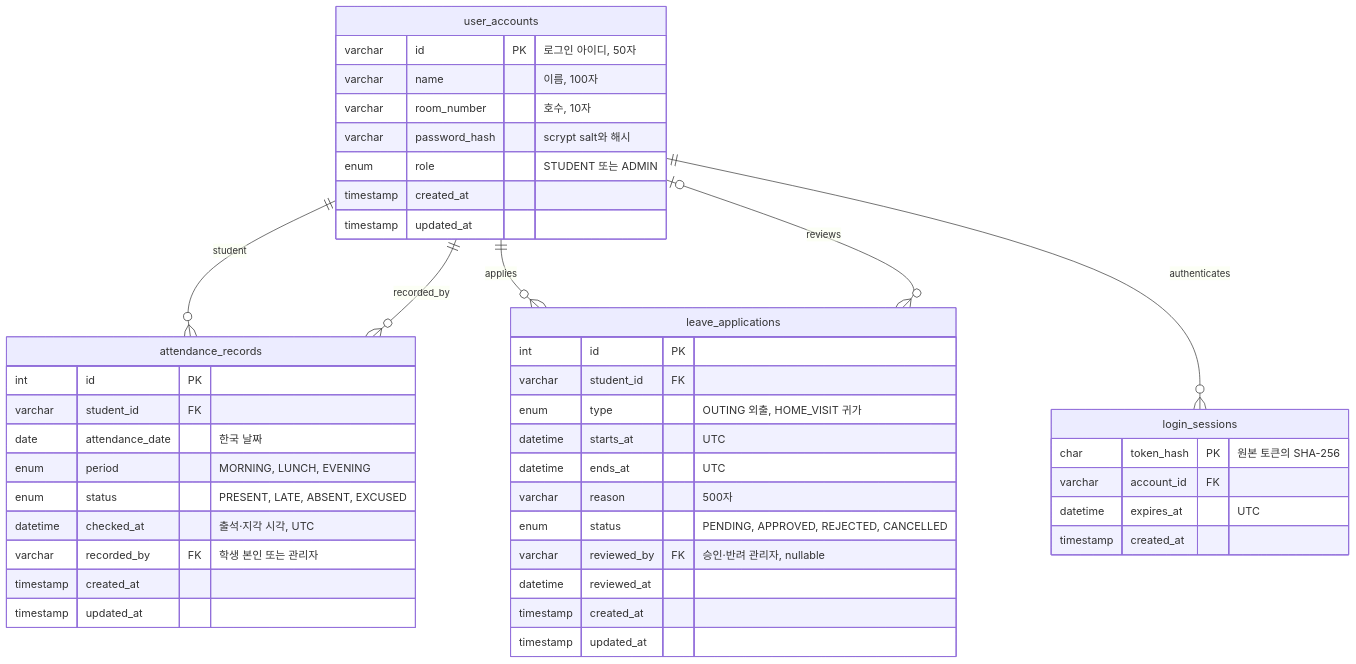
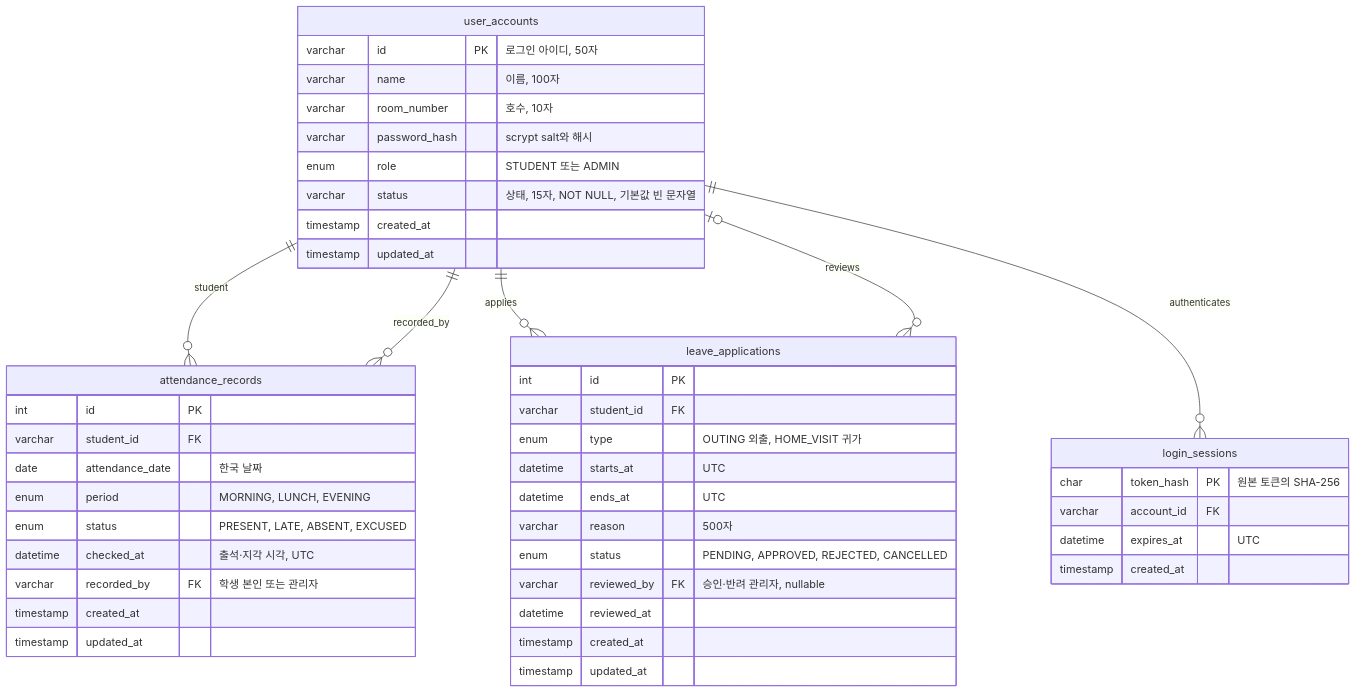
The diagram in Backend/docs/ERD.md (Jun4848/Mentos), drawn with Mermaid before and after one commit. The commit also changed other lines of this file and 15 other files, not shown here.

````diff
--- a/Backend/docs/ERD.md
+++ b/Backend/docs/ERD.md
@@ -10,48 +10,49 @@
 ```mermaid
 erDiagram
     user_accounts ||--o{ attendance_records : student
     user_accounts ||--o{ attendance_records : recorded_by
     user_accounts ||--o{ leave_applications : applies
     user_accounts o|--o{ leave_applications : reviews
     user_accounts ||--o{ login_sessions : authenticates
 
     user_accounts {
         varchar id PK "로그인 아이디, 50자"
         varchar name "이름, 100자"
         varchar room_number "호수, 10자"
         varchar password_hash "scrypt salt와 해시"
         enum role "STUDENT 또는 ADMIN"
+        varchar status "상태, 15자, NOT NULL, 기본값 빈 문자열"
         timestamp created_at
         timestamp updated_at
     }
     attendance_records {
         int id PK
         varchar student_id FK
         date attendance_date "한국 날짜"
         enum period "MORNING, LUNCH, EVENING"
         enum status "PRESENT, LATE, ABSENT, EXCUSED"
         datetime checked_at "출석·지각 시각, UTC"
         varchar recorded_by FK "학생 본인 또는 관리자"
         timestamp created_at
         timestamp updated_at
     }
     leave_applications {
         int id PK
         varchar student_id FK
         enum type "OUTING 외출, HOME_VISIT 귀가"
         datetime starts_at "UTC"
         datetime ends_at "UTC"
         varchar reason "500자"
         enum status "PENDING, APPROVED, REJECTED, CANCELLED"
         varchar reviewed_by FK "승인·반려 관리자, nullable"
         datetime reviewed_at
         timestamp created_at
         timestamp updated_at
     }
     login_sessions {
         char token_hash PK "원본 토큰의 SHA-256"
         varchar account_id FK
         datetime expires_at "UTC"
         timestamp created_at
     }
 ```
````
